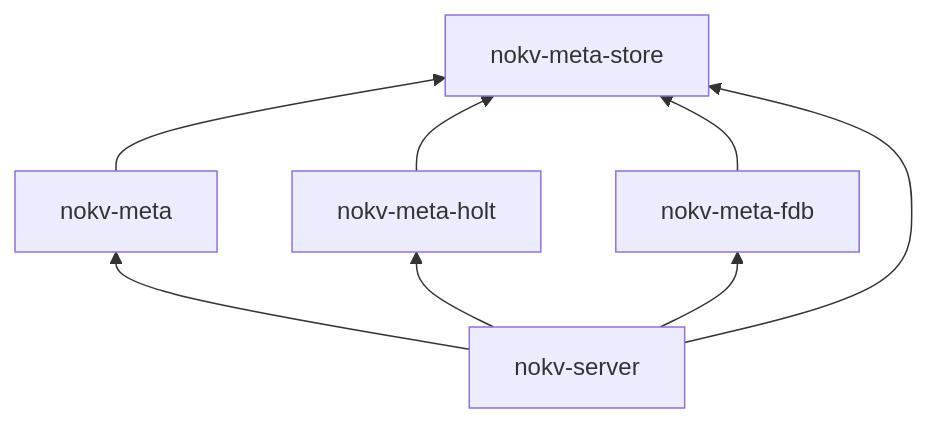
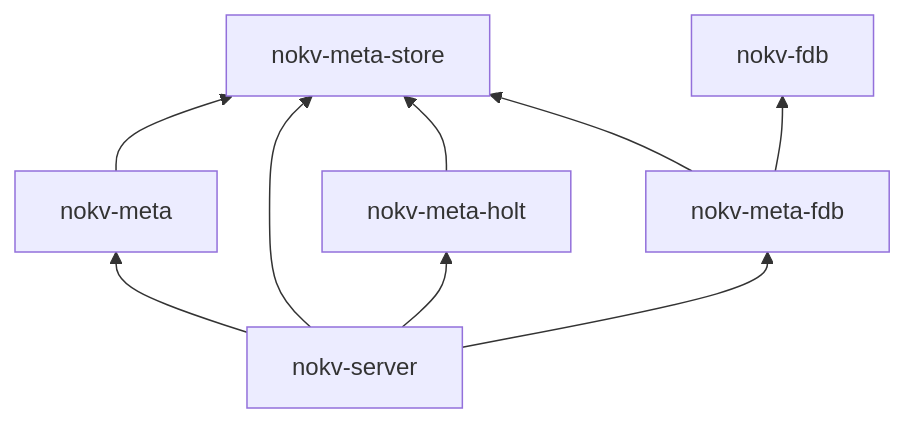
Before and after one commit to NoKV-Lab/NoKV: the second of 2 diagrams in docs/development/metadata-store-interface.md, drawn with Mermaid. The commit also changed other lines of this file and 23 other files, not shown here.

Commit message:
refactor: share the fdb process runtime

````diff
--- a/docs/development/metadata-store-interface.md
+++ b/docs/development/metadata-store-interface.md
@@ -121,10 +129,11 @@
 ```mermaid
 flowchart BT
     Meta["nokv-meta"] --> Interface["nokv-meta-store"]
     Holt["nokv-meta-holt"] --> Interface
     Fdb["nokv-meta-fdb"] --> Interface
+    Fdb --> FdbRuntime["nokv-fdb"]
     Server["nokv-server"] --> Meta
     Server --> Interface
     Server --> Holt
     Server --> Fdb
 ```
````
